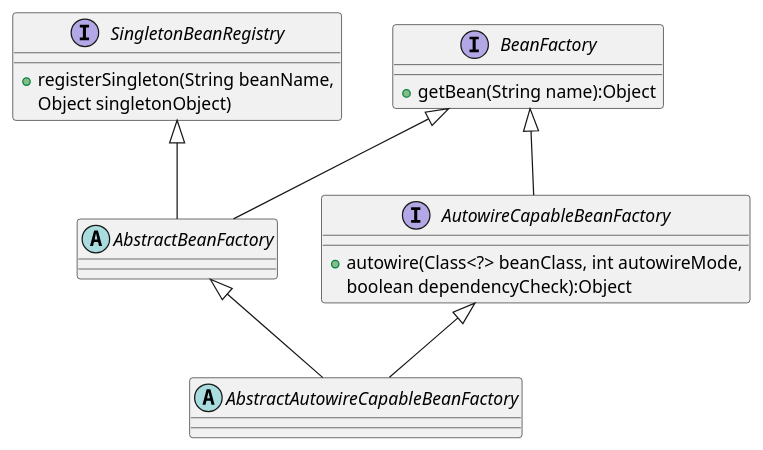
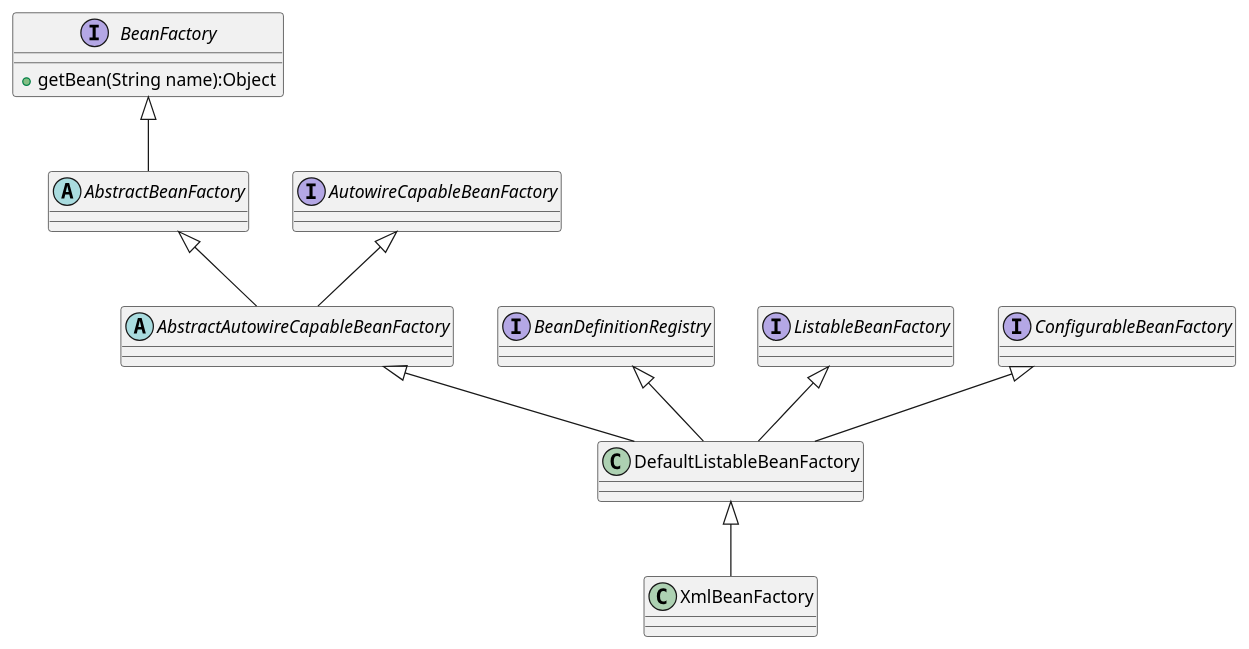
One commit to binecy/bin-learning changed the diagram in spring-start/src/main/java/com/spring/start/beanFactory2.puml. Above: the diagram before and after it, drawn with PlantUML. The commit also changed 10 other files, not shown here.

```diff
--- a/spring-start/src/main/java/com/spring/start/beanFactory2.puml
+++ b/spring-start/src/main/java/com/spring/start/beanFactory2.puml
@@ -1,33 +1,58 @@
 @startuml
+
+
+
+/'interface SingletonBeanRegistry {
++registerSingleton(String beanName,
+Object singletonObject)
+}'/
 
 interface BeanFactory {
 +getBean(String name):Object
 }
 
 
-interface SingletonBeanRegistry {
-+registerSingleton(String beanName,
-Object singletonObject)
-}
+
+
 
 abstract class AbstractBeanFactory
 
 
 BeanFactory <|-- AbstractBeanFactory
-SingletonBeanRegistry <|-- AbstractBeanFactory
+/'SingletonBeanRegistry <|-- AbstractBeanFactory'/
 
 abstract class AbstractAutowireCapableBeanFactory
 AbstractBeanFactory <|-- AbstractAutowireCapableBeanFactory
 
 
-interface AutowireCapableBeanFactory {
- +autowire(Class<?> beanClass, int autowireMode,
- boolean dependencyCheck):Object
-}
+interface AutowireCapableBeanFactory
 
-BeanFactory <|-- AutowireCapableBeanFactory
+/'BeanFactory <|-- AutowireCapableBeanFactory'/
 
 
 abstract class AbstractAutowireCapableBeanFactory
+
+
+class DefaultListableBeanFactory
+
+interface BeanDefinitionRegistry
+
+BeanDefinitionRegistry <|-- DefaultListableBeanFactory
+
+AbstractAutowireCapableBeanFactory <|-- DefaultListableBeanFactory
+
+
+interface ListableBeanFactory
+ListableBeanFactory <|-- DefaultListableBeanFactory
+
+interface ConfigurableBeanFactory
+ConfigurableBeanFactory <|-- DefaultListableBeanFactory
+
 AutowireCapableBeanFactory <|-- AbstractAutowireCapableBeanFactory
+
+class XmlBeanFactory
+DefaultListableBeanFactory <|-- XmlBeanFactory
+
+
+
 @enduml
```
